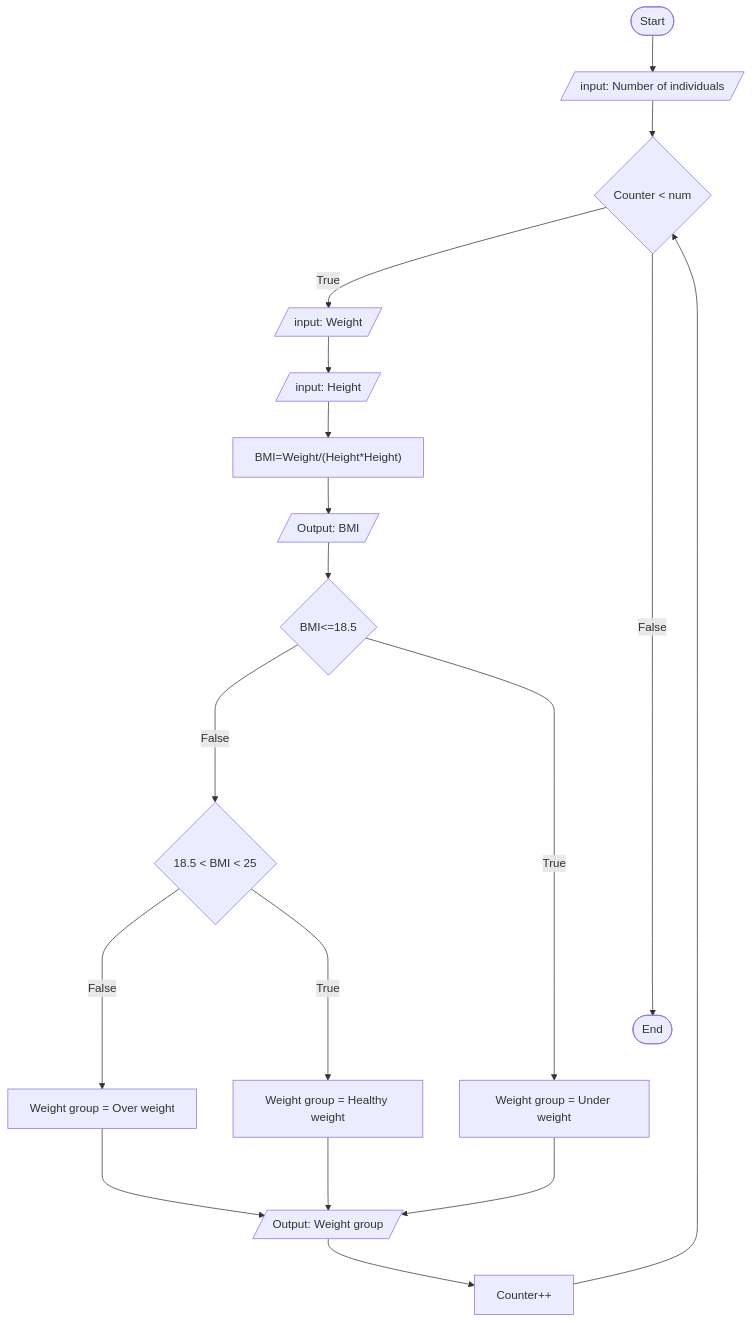
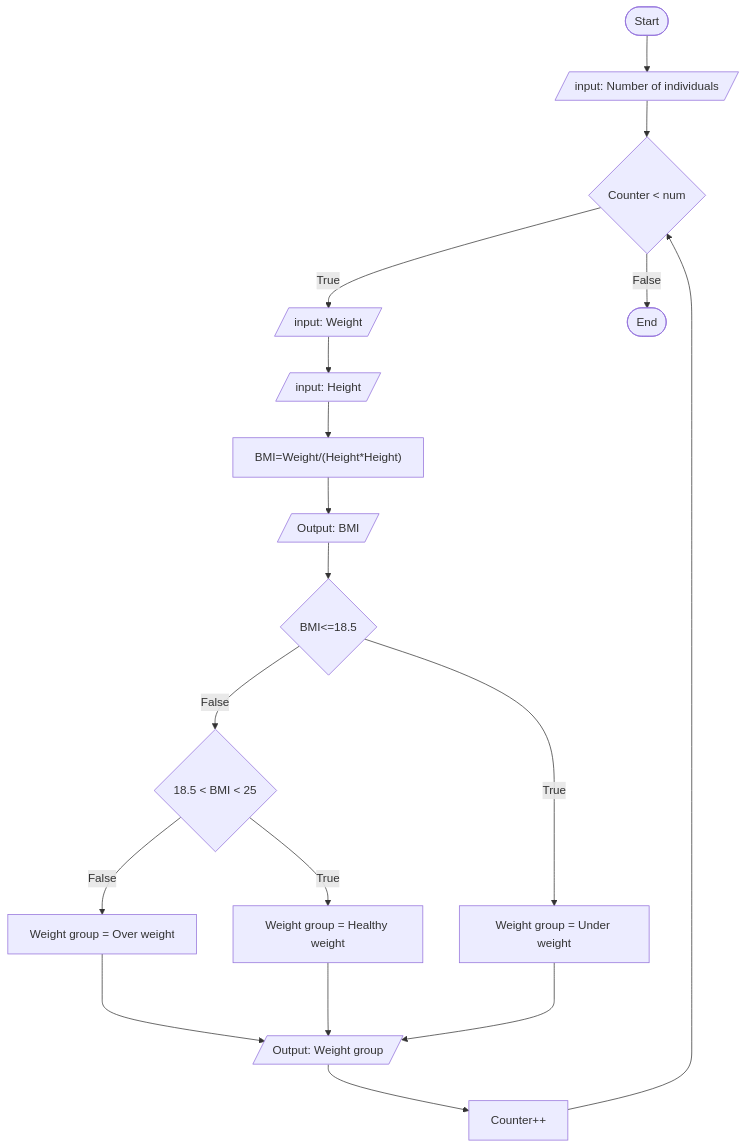
One commit to SWEG-2016EC-Batch/System32 changed the diagram in ETS1210_Sahleselase_Asmamaw/BMI_calculator.md. Above: the diagram before and after it, drawn with Mermaid.

````diff
--- a/ETS1210_Sahleselase_Asmamaw/BMI_calculator.md
+++ b/ETS1210_Sahleselase_Asmamaw/BMI_calculator.md
@@ -37,22 +37,22 @@
 ``` mermaid
 flowchart 
 id1([Start])-->id2[/input: Number of individuals/]
 id2-->id3{Counter < num}
 
 id3--True-->id4[/input: Weight/]
 id4-->id5[/input: Height/]
 id5-->id6["BMI=Weight/(Height*Height)"] 
 id6-->id15[/Output: BMI/]
 id15-->id7{BMI<=18.5}
-id7--False--->id8{18.5 < BMI < 25}
+id7--False-->id8{18.5 < BMI < 25}
 id8--False-->id9[Weight group = Over weight]
 id9--->id10[/Output: Weight group/]
-id7--True------->id11[Weight group = Under weight]
+id7--True-->id11[Weight group = Under weight]
 id11--->id10
-id8--True---->id12[Weight group = Healthy weight]
+id8--True-->id12[Weight group = Healthy weight]
 id12--->id10
 
-id3--False--------------->id13([End])
+id3--False-->id13([End])
 id10-->id14[Counter++]
 id14-->id3
 ```
````
